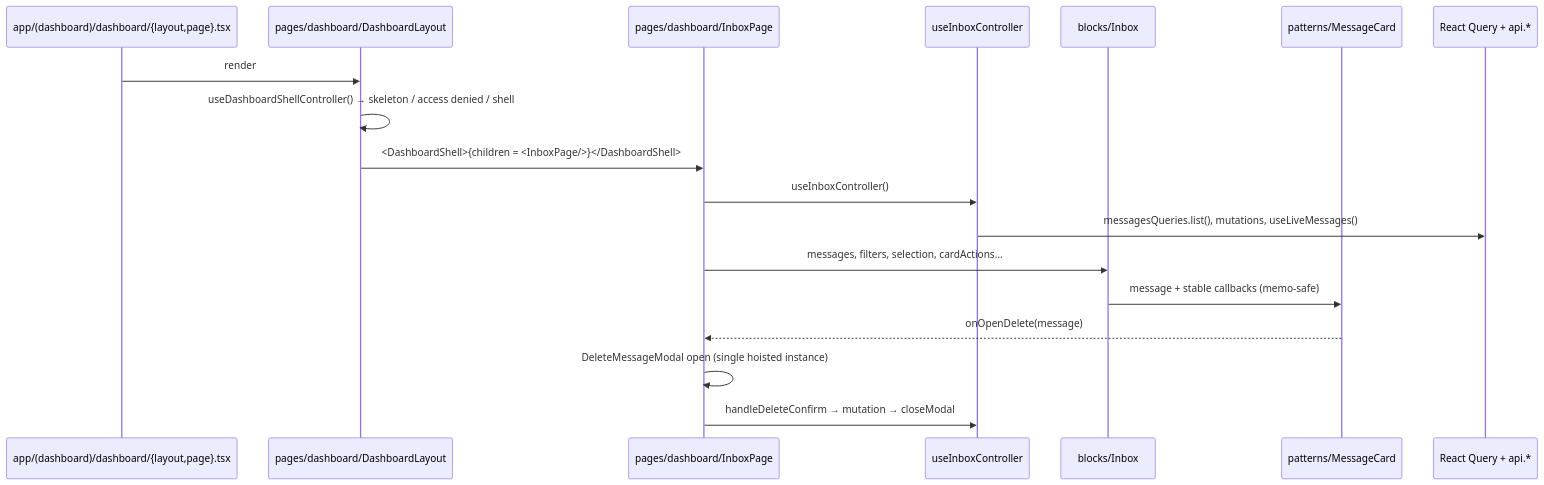
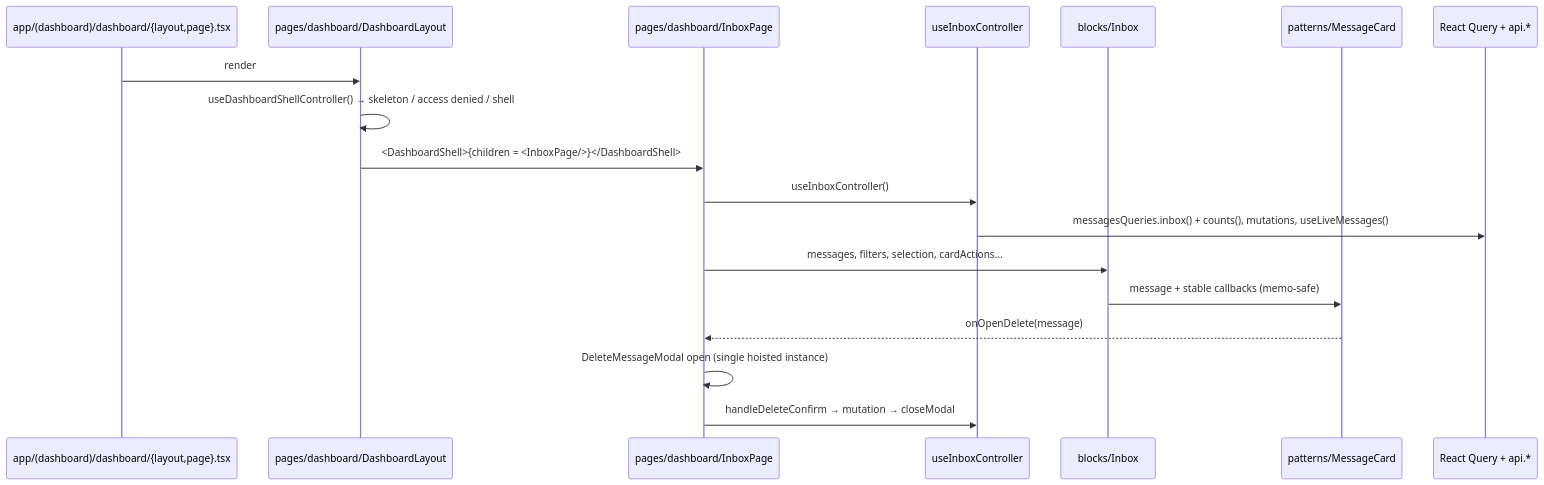
Before and after one commit to Abbas4tech/GhostMsg: the third of 3 diagrams in docs/agents/component-architecture.md, drawn with Mermaid. The commit also changed 109 other files, not shown here.

Commit message:
feat: implement core backend API, type-safe client controllers, and frontend dashboard architecture

````diff
--- a/docs/agents/component-architecture.md
+++ b/docs/agents/component-architecture.md
@@ -239,21 +239,21 @@
 ```mermaid
 sequenceDiagram
     participant Route as app/(dashboard)/dashboard/{layout,page}.tsx
     participant Page as pages/dashboard/DashboardLayout
     participant Tab as pages/dashboard/InboxPage
     participant Ctl as useInboxController
     participant Block as blocks/Inbox
     participant Card as patterns/MessageCard
     participant API as React Query + api.*
 
     Route->>Page: render
     Page->>Page: useDashboardShellController() → skeleton / access denied / shell
     Page->>Tab: <DashboardShell>{children = <InboxPage/>}</DashboardShell>
     Tab->>Ctl: useInboxController()
-    Ctl->>API: messagesQueries.list(), mutations, useLiveMessages()
+    Ctl->>API: messagesQueries.inbox() + counts(), mutations, useLiveMessages()
     Tab->>Block: messages, filters, selection, cardActions…
     Block->>Card: message + stable callbacks (memo-safe)
     Card-->>Tab: onOpenDelete(message)
     Tab->>Tab: DeleteMessageModal open (single hoisted instance)
     Tab->>Ctl: handleDeleteConfirm → mutation → closeModal
 ```
````
